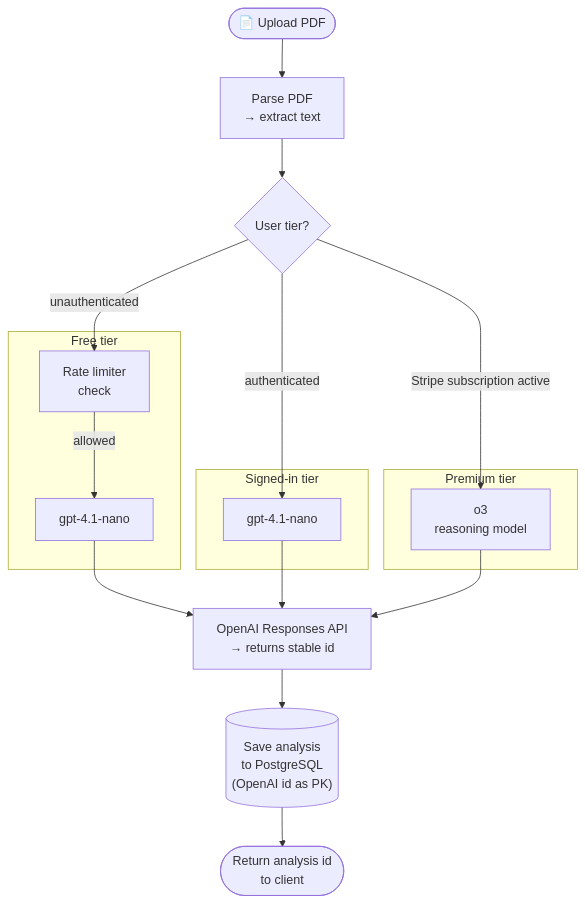
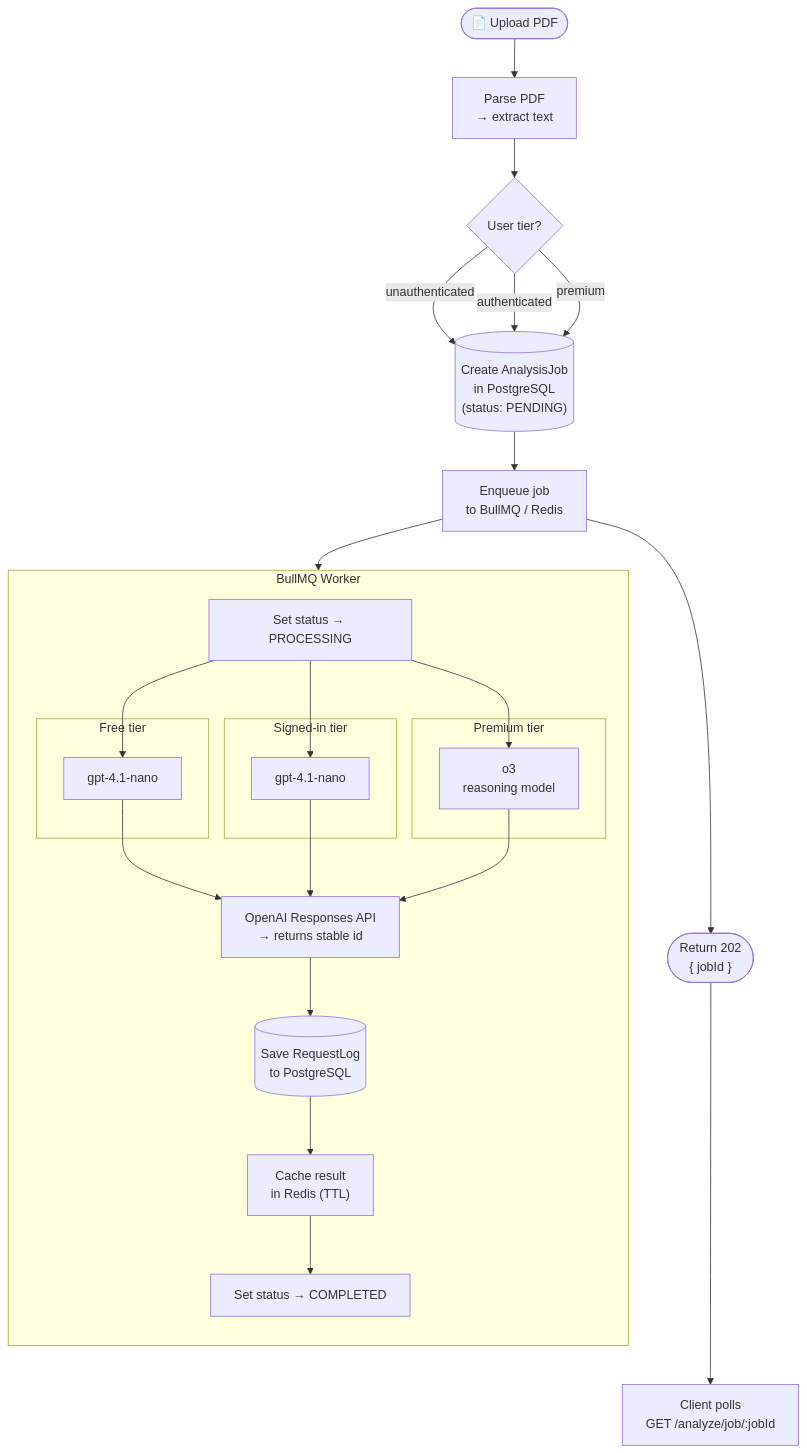
Before and after one commit to Patrykbarc/ats-resume-analyzer: the second of 3 diagrams in README.md, drawn with Mermaid. The commit also changed other lines of this file, not shown here.

````diff
--- a/README.md
+++ b/README.md
@@ -54,33 +57,44 @@
 ```mermaid
 flowchart TD
   Upload(["📄 Upload PDF"])
   Parse["Parse PDF\n→ extract text"]
   TierCheck{"User tier?"}
+  CreateJob[("Create AnalysisJob\nin PostgreSQL\n(status: PENDING)")]
+  Enqueue["Enqueue job\nto BullMQ / Redis"]
+  Return202(["Return 202\n{ jobId }"])
+  Poll["Client polls\nGET /analyze/job/:jobId"]
 
-  subgraph Free["Free tier"]
-    RateLimit["Rate limiter\ncheck"]
-    ModelFree["gpt-4.1-nano"]
+  subgraph Worker["BullMQ Worker"]
+    direction TB
+    MarkProcessing["Set status → PROCESSING"]
+
+    subgraph Free["Free tier"]
+      ModelFree["gpt-4.1-nano"]
+    end
+
+    subgraph SignedIn["Signed-in tier"]
+      ModelSignedIn["gpt-4.1-nano"]
+    end
+
+    subgraph Premium["Premium tier"]
+      ModelPremium["o3\nreasoning model"]
+    end
+
+    OpenAI["OpenAI Responses API\n→ returns stable id"]
+    SaveDB[("Save RequestLog\nto PostgreSQL")]
+    StoreResult["Cache result\nin Redis (TTL)"]
+    MarkCompleted["Set status → COMPLETED"]
   end
 
-  subgraph SignedIn["Signed-in tier"]
-    ModelSignedIn["gpt-4.1-nano"]
-  end
+  Upload --> Parse --> TierCheck
+  TierCheck -->|"unauthenticated"| CreateJob
+  TierCheck -->|"authenticated"| CreateJob
+  TierCheck -->|"premium"| CreateJob
+  CreateJob --> Enqueue --> Return202
+  Return202 --> Poll
 
-  subgraph Premium["Premium tier"]
-    ModelPremium["o3\nreasoning model"]
-  end
-
-  OpenAI["OpenAI Responses API\n→ returns stable id"]
-  SaveDB[("Save analysis\nto PostgreSQL\n(OpenAI id as PK)")]
-  Return(["Return analysis id\nto client"])
-
-  Upload --> Parse --> TierCheck
-  TierCheck -->|"unauthenticated"| RateLimit
-  RateLimit -->|"allowed"| ModelFree
-  TierCheck -->|"authenticated"| ModelSignedIn
-  TierCheck -->|"Stripe subscription active"| ModelPremium
-  ModelFree --> OpenAI
-  ModelSignedIn --> OpenAI
-  ModelPremium --> OpenAI
-  OpenAI --> SaveDB --> Return
+  Enqueue --> MarkProcessing
+  MarkProcessing --> ModelFree & ModelSignedIn & ModelPremium
+  ModelFree & ModelSignedIn & ModelPremium --> OpenAI
+  OpenAI --> SaveDB --> StoreResult --> MarkCompleted
 ```
````
